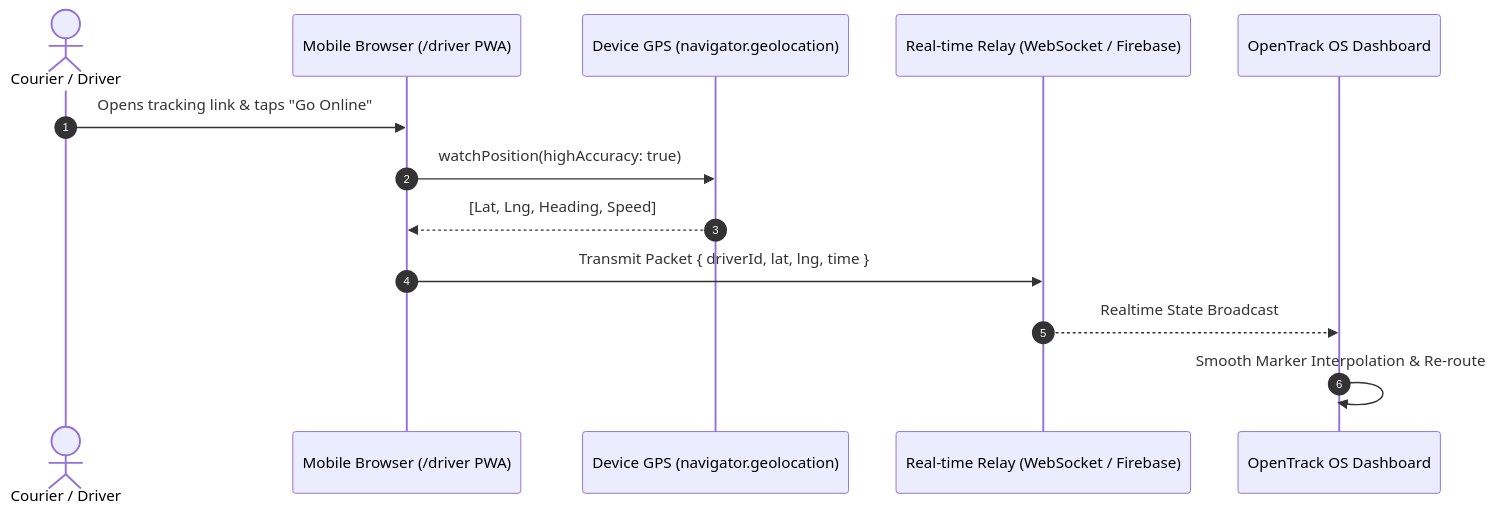
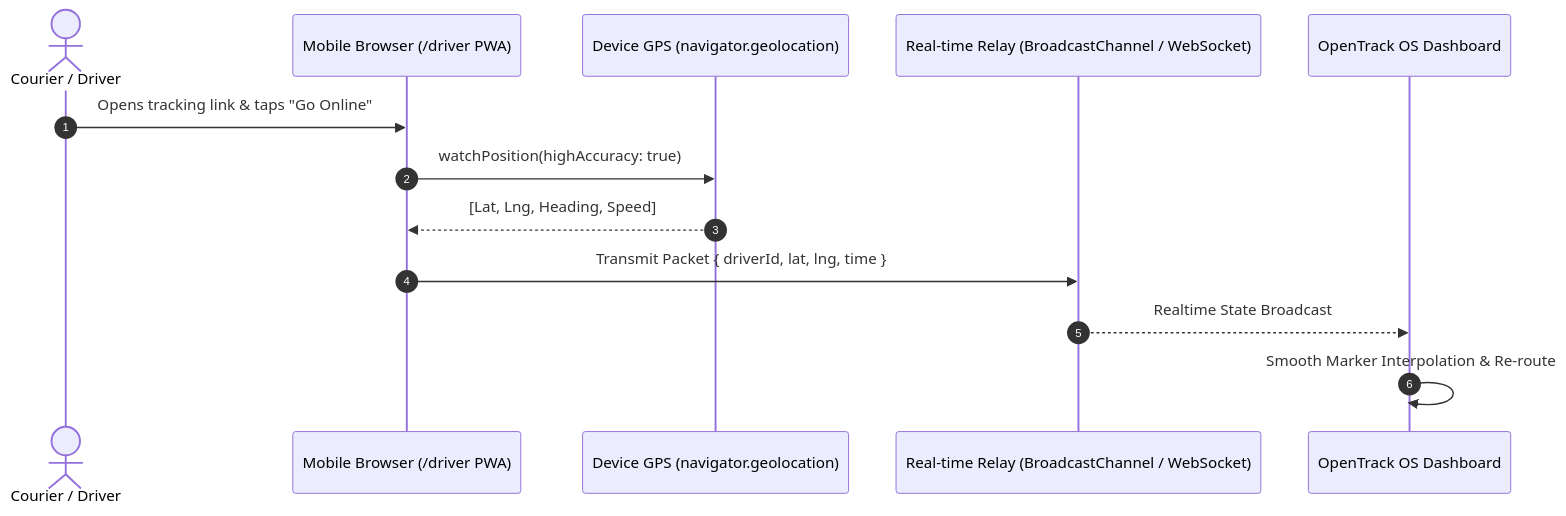
One commit to mohamed-khairy-5i/opentrack-os changed the fourth of 6 diagrams in ARCHITECTURE_ROADMAP.md. Above: the diagram before and after it, drawn with Mermaid. The commit also changed other lines of this file and 10 other files, not shown here.

````diff
--- a/ARCHITECTURE_ROADMAP.md
+++ b/ARCHITECTURE_ROADMAP.md
@@ -110,16 +110,16 @@
 ```mermaid
 sequenceDiagram
     autonumber
     actor Driver as Courier / Driver
     participant Mobile as Mobile Browser (/driver PWA)
     participant GPS as Device GPS (navigator.geolocation)
-    participant Relay as Real-time Relay (WebSocket / Firebase)
+    participant Relay as Real-time Relay (BroadcastChannel / WebSocket)
     participant Dashboard as OpenTrack OS Dashboard
 
     Driver->>Mobile: Opens tracking link & taps "Go Online"
     Mobile->>GPS: watchPosition(highAccuracy: true)
     GPS-->>Mobile: [Lat, Lng, Heading, Speed]
     Mobile->>Relay: Transmit Packet { driverId, lat, lng, time }
     Relay-->>Dashboard: Realtime State Broadcast
     Dashboard->>Dashboard: Smooth Marker Interpolation & Re-route
 ```
````
